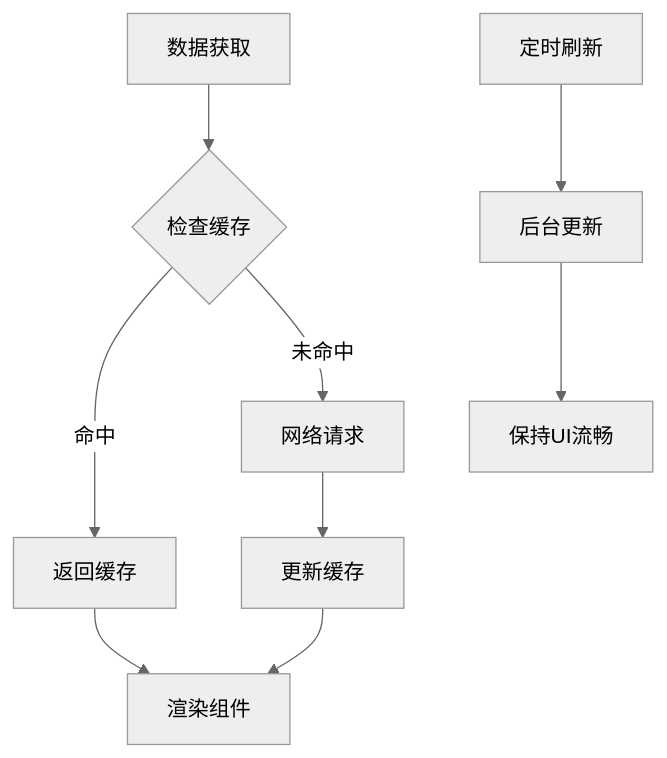
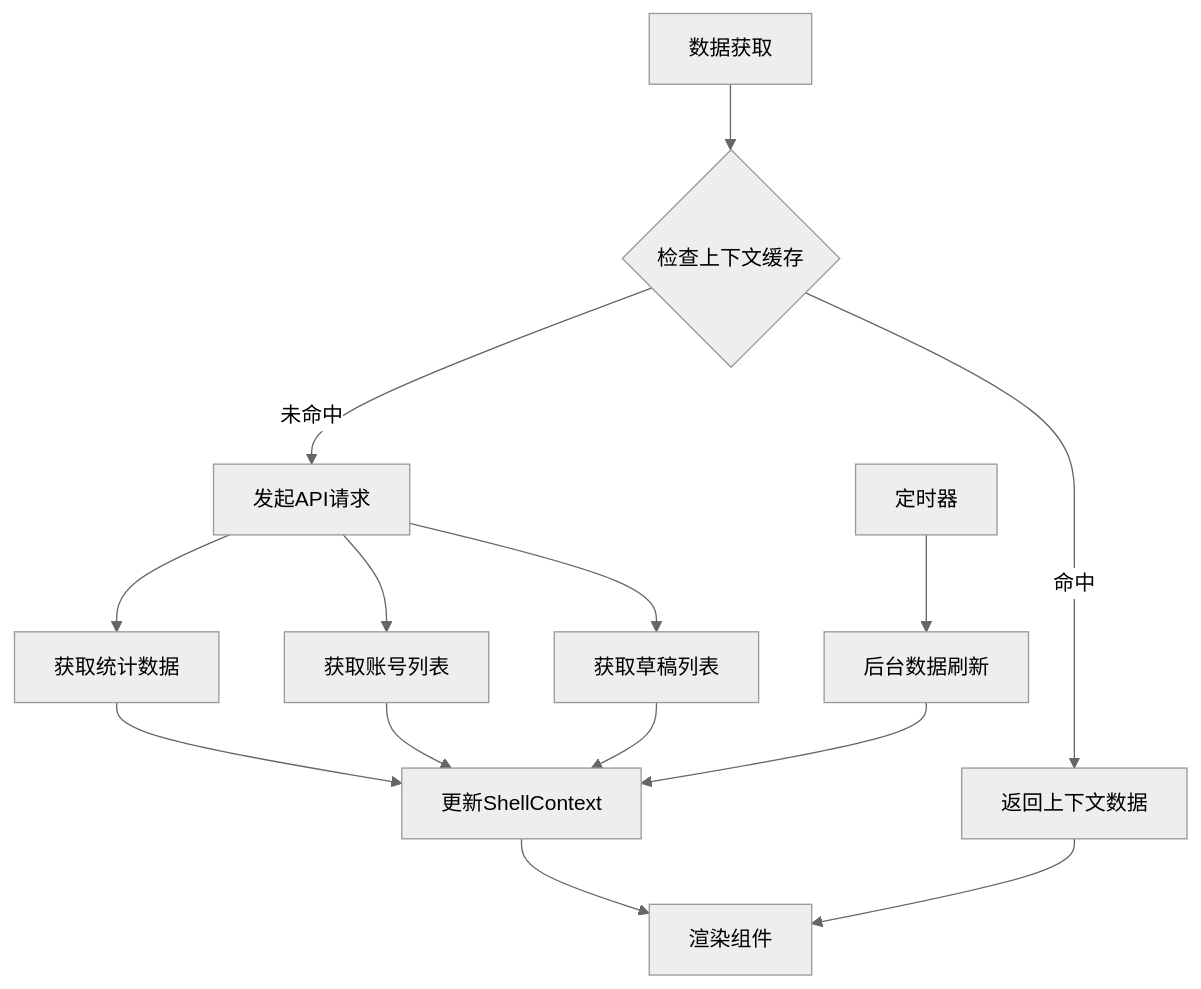
Before and after one commit to sansansansansan2022-web/hotclaw: diagram 15 of 15 in .qoder/repowiki/zh/content/前端开发/Next.js应用架构.md, drawn with Mermaid (neutral theme). The commit also changed other lines of this file and 860 other files, not shown here.

````diff
--- a/.qoder/repowiki/zh/content/前端开发/Next.js应用架构.md
+++ b/.qoder/repowiki/zh/content/前端开发/Next.js应用架构.md
@@ -382,11 +505,16 @@
 ```mermaid
 flowchart TD
-A[数据获取] --> B{检查缓存}
-B --> |命中| C[返回缓存]
-B --> |未命中| D[网络请求]
-D --> E[更新缓存]
-E --> F[渲染组件]
-C --> F
-G[定时刷新] --> H[后台更新]
-H --> I[保持UI流畅]
+A[数据获取] --> B{检查上下文缓存}
+B --> |命中| C[返回上下文数据]
+B --> |未命中| D[发起API请求]
+D --> E[获取统计数据]
+D --> F[获取账号列表]
+D --> G[获取草稿列表]
+E --> H[更新ShellContext]
+F --> H
+G --> H
+H --> I[渲染组件]
+C --> I
+J[定时器] --> K[后台数据刷新]
+K --> H
 ```
````
